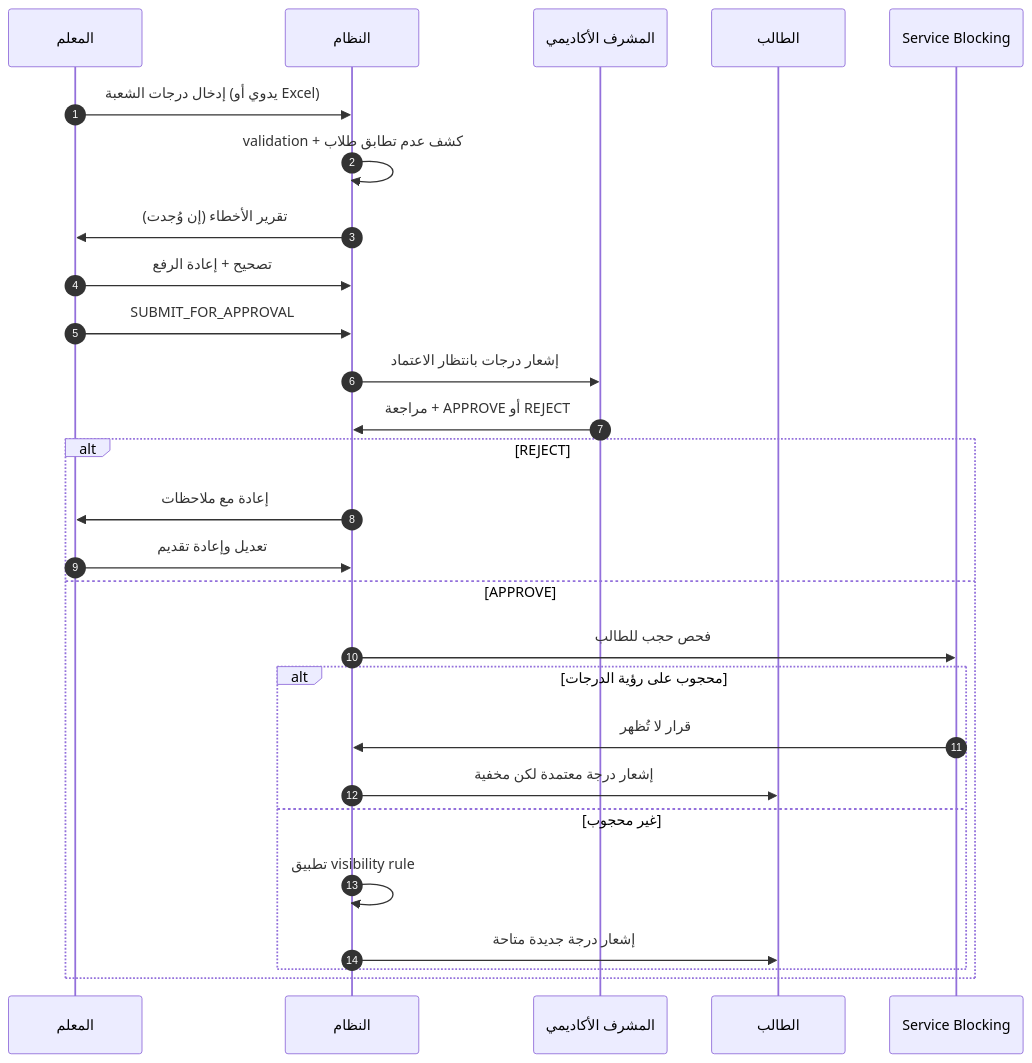
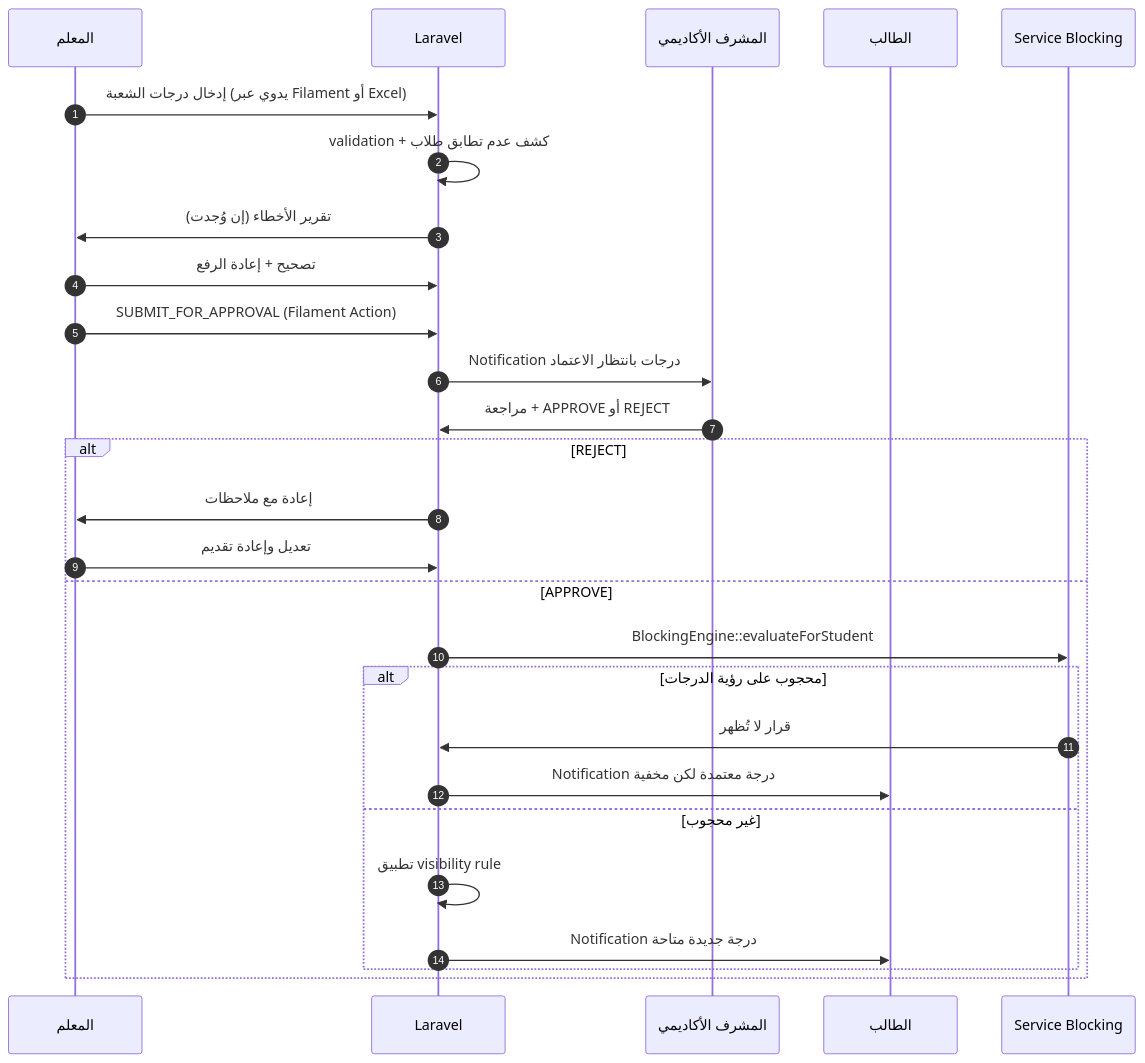
Diagram 11 of 18 in مسودات-الوكلاء/الجزء-02-الموديولات-والمنطق-التجاري.md (alharbib902-del/technical-handover), drawn with Mermaid before and after one commit. The commit also changed other lines of this file and 22 other files, not shown here.

First line of the commit message:
feat: switch tech stack to Laravel 11 + Filament 3 (replacing Next.js + Supabase)

````diff
--- a/مسودات-الوكلاء/الجزء-02-الموديولات-والمنطق-التجاري.md
+++ b/مسودات-الوكلاء/الجزء-02-الموديولات-والمنطق-التجاري.md
@@ -2693,30 +3406,30 @@
 ```mermaid
 sequenceDiagram
     autonumber
     participant T as المعلم
-    participant SYS as النظام
+    participant SYS as Laravel
     participant SUP as المشرف الأكاديمي
     participant STU as الطالب
     participant SBE as Service Blocking
 
-    T->>SYS: إدخال درجات الشعبة (يدوي أو Excel)
+    T->>SYS: إدخال درجات الشعبة (يدوي عبر Filament أو Excel)
     SYS->>SYS: validation + كشف عدم تطابق طلاب
     SYS->>T: تقرير الأخطاء (إن وُجدت)
     T->>SYS: تصحيح + إعادة الرفع
-    T->>SYS: SUBMIT_FOR_APPROVAL
-    SYS->>SUP: إشعار درجات بانتظار الاعتماد
+    T->>SYS: SUBMIT_FOR_APPROVAL (Filament Action)
+    SYS->>SUP: Notification درجات بانتظار الاعتماد
     SUP->>SYS: مراجعة + APPROVE أو REJECT
     alt REJECT
         SYS->>T: إعادة مع ملاحظات
         T->>SYS: تعديل وإعادة تقديم
     else APPROVE
-        SYS->>SBE: فحص حجب للطالب
+        SYS->>SBE: BlockingEngine::evaluateForStudent
         alt محجوب على رؤية الدرجات
             SBE->>SYS: قرار لا تُظهر
-            SYS->>STU: إشعار درجة معتمدة لكن مخفية
+            SYS->>STU: Notification درجة معتمدة لكن مخفية
         else غير محجوب
             SYS->>SYS: تطبيق visibility rule
-            SYS->>STU: إشعار درجة جديدة متاحة
+            SYS->>STU: Notification درجة جديدة متاحة
         end
     end
 ```
````
